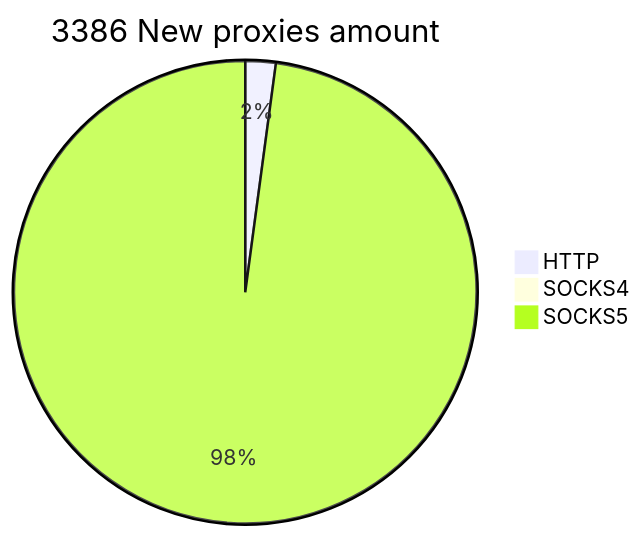
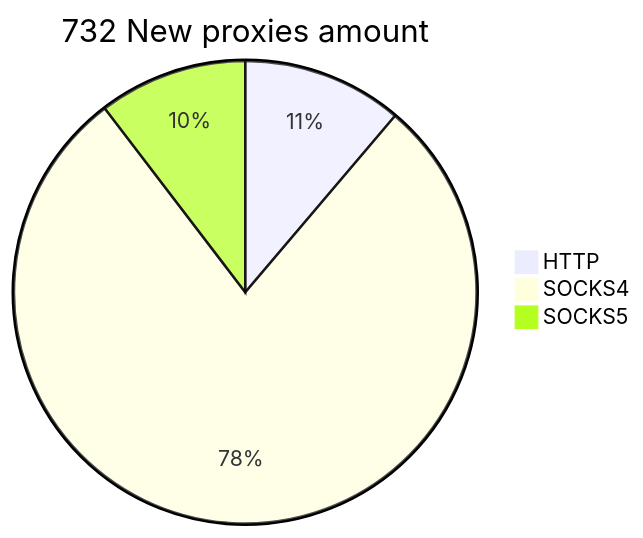
One commit to cutipu/proxylist changed the second of 2 diagrams in README.md. Above: the diagram before and after it, drawn with Mermaid. The commit also changed other lines of this file, not shown here.

````diff
--- a/README.md
+++ b/README.md
@@ -10,6 +10,6 @@
 ```mermaid
-pie title 3386 New proxies amount
-    "HTTP" : 85
-    "SOCKS4" : 0
-    "SOCKS5" : 3926
+pie title 732 New proxies amount
+    "HTTP" : 82
+    "SOCKS4" : 574
+    "SOCKS5" : 76
 ```
````
